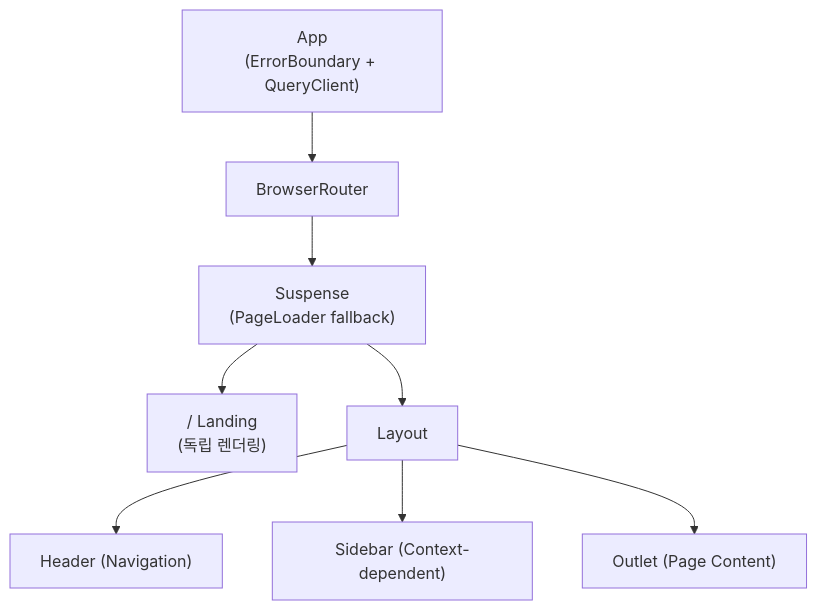
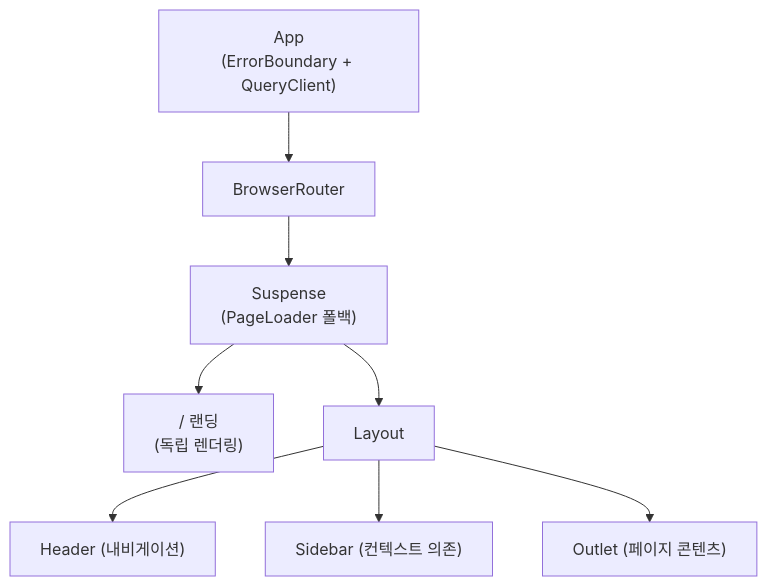
The second of 2 diagrams in docs-site/docs/frontend/routing.md (uprootai/AX_OCR), drawn with Mermaid before and after one commit. The commit also changed other lines of this file and 64 other files, not shown here.

````diff
--- a/docs-site/docs/frontend/routing.md
+++ b/docs-site/docs/frontend/routing.md
@@ -96,10 +96,10 @@
 ```mermaid
 flowchart TD
     APP["App\n(ErrorBoundary + QueryClient)"] --> ROUTER["BrowserRouter"]
-    ROUTER --> SUSPENSE["Suspense\n(PageLoader fallback)"]
-    SUSPENSE --> LANDING["/ Landing\n(독립 렌더링)"]
+    ROUTER --> SUSPENSE["Suspense\n(PageLoader 폴백)"]
+    SUSPENSE --> LANDING["/ 랜딩\n(독립 렌더링)"]
     SUSPENSE --> LAYOUT["Layout"]
-    LAYOUT --> HEADER["Header (Navigation)"]
-    LAYOUT --> SIDEBAR["Sidebar (Context-dependent)"]
-    LAYOUT --> OUTLET["Outlet (Page Content)"]
+    LAYOUT --> HEADER["Header (내비게이션)"]
+    LAYOUT --> SIDEBAR["Sidebar (컨텍스트 의존)"]
+    LAYOUT --> OUTLET["Outlet (페이지 콘텐츠)"]
 ```
````
